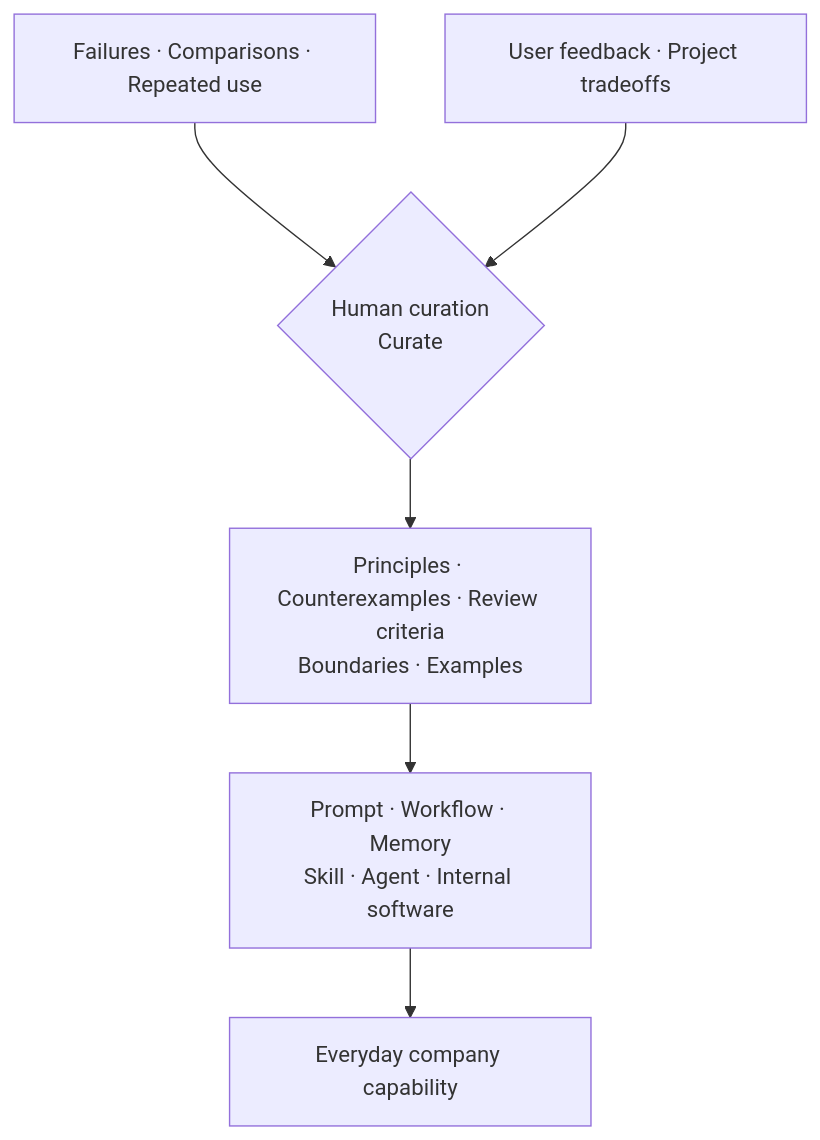
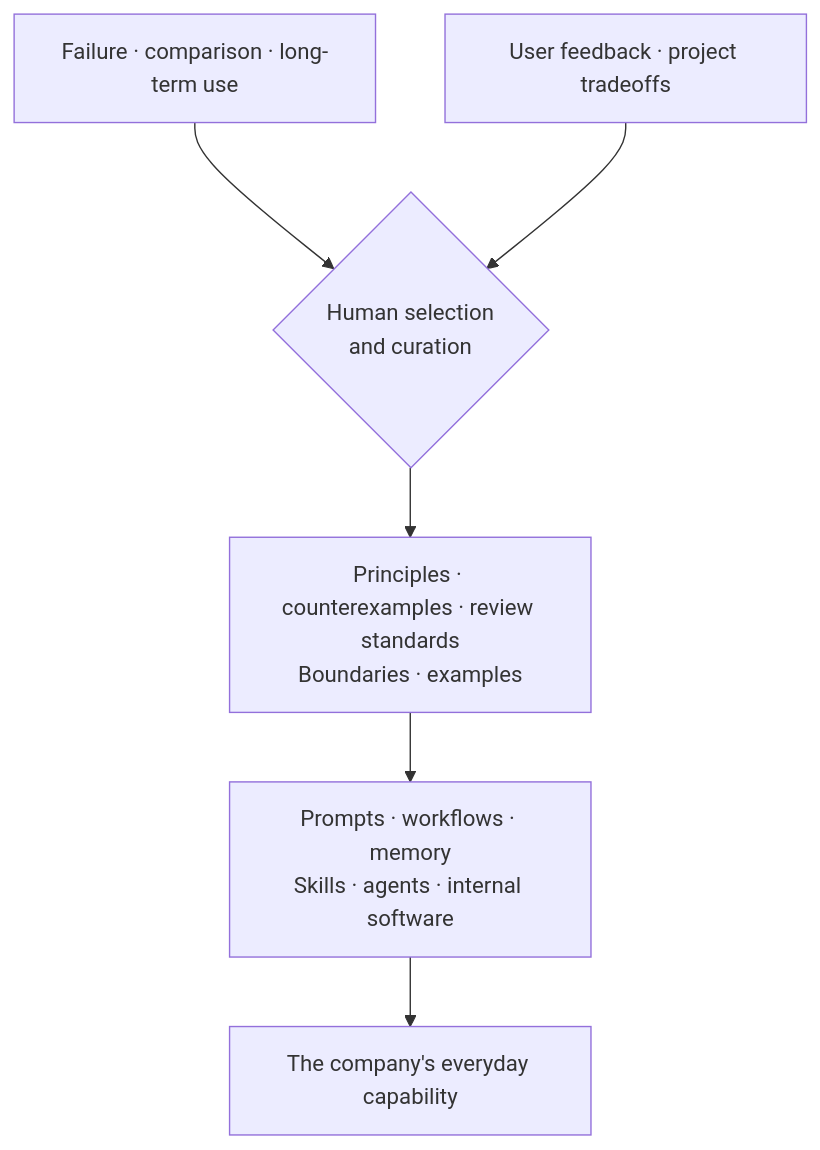
The fourth of 4 diagrams in content/blog/we-decided-to-stop-buying-saas/index.en.mdx (CaliCastle/cali.so), drawn with Mermaid before and after one commit. The commit also changed other lines of this file and 4 other files, not shown here.

First line of the commit message:
feat(blog): new cover and figure art, adapt English localization

````diff
--- a/content/blog/we-decided-to-stop-buying-saas/index.en.mdx
+++ b/content/blog/we-decided-to-stop-buying-saas/index.en.mdx
@@ -217,8 +217,8 @@
 ```mermaid caption="People curate experience before it enters a system that can run repeatedly."
 flowchart TB
-  E1["Failures · Comparisons · Repeated use"] --> H{"Human curation<br/>Curate"}
-  E2["User feedback · Project tradeoffs"] --> H
-  H --> K["Principles · Counterexamples · Review criteria<br/>Boundaries · Examples"]
-  K --> S["Prompt · Workflow · Memory<br/>Skill · Agent · Internal software"]
-  S --> R["Everyday company capability"]
+  E1["Failure · comparison · long-term use"] --> H{"Human selection<br/>and curation"}
+  E2["User feedback · project tradeoffs"] --> H
+  H --> K["Principles · counterexamples · review standards<br/>Boundaries · examples"]
+  K --> S["Prompts · workflows · memory<br/>Skills · agents · internal software"]
+  S --> R["The company's everyday capability"]
 ```
````
